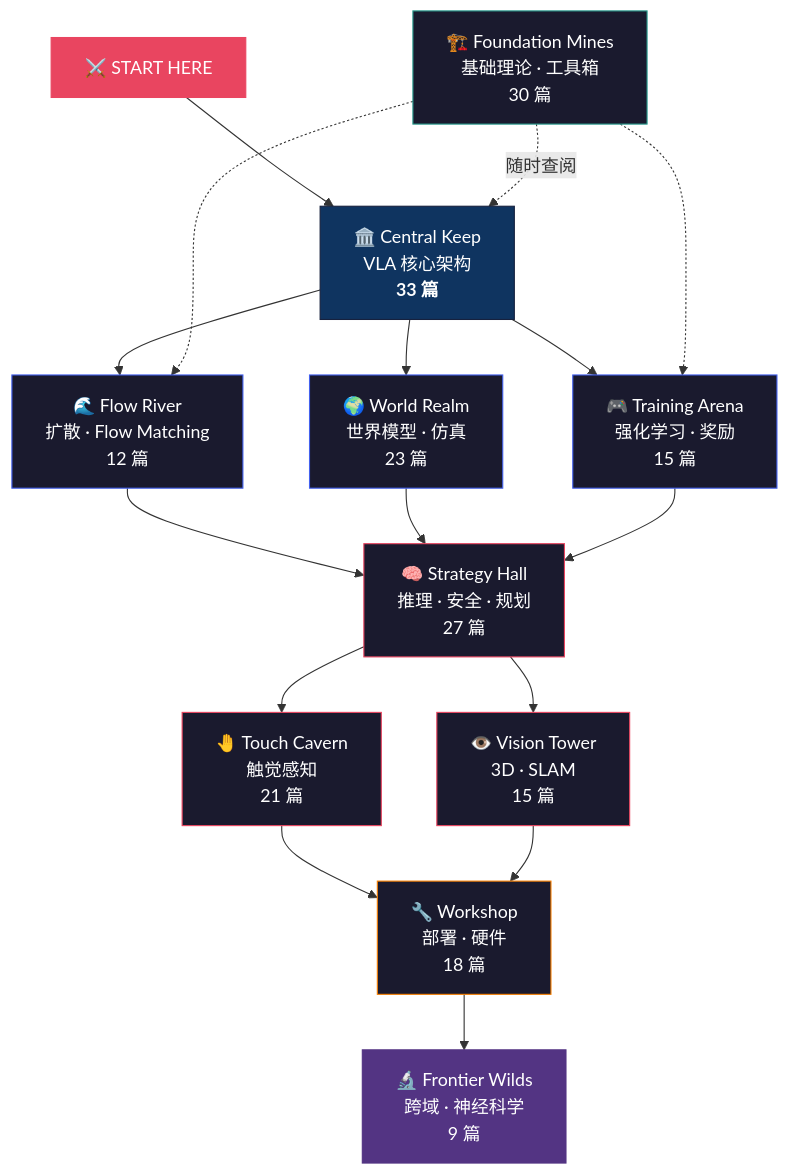
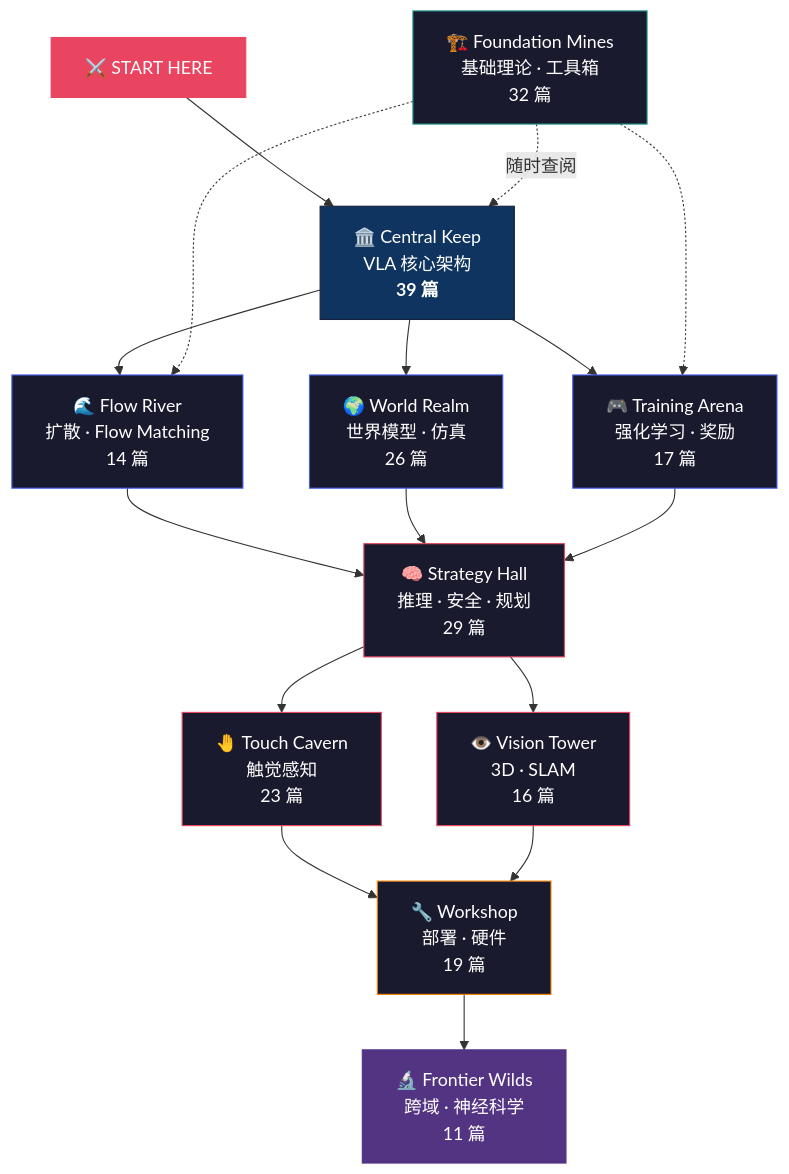
Before and after one commit to sou350121/VLA-Handbook: the diagram in theory/README.md, drawn with Mermaid. The commit also changed other lines of this file and 2 other files, not shown here.

Commit message:
fix: update article counts 203→226 across README, mainline, PI interview, vla_arch

````diff
--- a/theory/README.md
+++ b/theory/README.md
@@ -27,36 +27,36 @@
 ```mermaid
 graph TD
-    START["⚔️ START HERE"] --> CORE["🏛️ Central Keep<br/>VLA 核心架构<br/><b>33 篇</b>"]
+    START["⚔️ START HERE"] --> CORE["🏛️ Central Keep<br/>VLA 核心架构<br/><b>39 篇</b>"]
 
-    CORE --> FLOW["🌊 Flow River<br/>扩散 · Flow Matching<br/>12 篇"]
-    CORE --> WORLD["🌍 World Realm<br/>世界模型 · 仿真<br/>23 篇"]
-    CORE --> RL["🎮 Training Arena<br/>强化学习 · 奖励<br/>15 篇"]
+    CORE --> FLOW["🌊 Flow River<br/>扩散 · Flow Matching<br/>14 篇"]
+    CORE --> WORLD["🌍 World Realm<br/>世界模型 · 仿真<br/>26 篇"]
+    CORE --> RL["🎮 Training Arena<br/>强化学习 · 奖励<br/>17 篇"]
 
-    FLOW --> PLAN["🧠 Strategy Hall<br/>推理 · 安全 · 规划<br/>27 篇"]
+    FLOW --> PLAN["🧠 Strategy Hall<br/>推理 · 安全 · 规划<br/>29 篇"]
     WORLD --> PLAN
     RL --> PLAN
 
-    PLAN --> TOUCH["🤚 Touch Cavern<br/>触觉感知<br/>21 篇"]
-    PLAN --> EYE["👁️ Vision Tower<br/>3D · SLAM<br/>15 篇"]
+    PLAN --> TOUCH["🤚 Touch Cavern<br/>触觉感知<br/>23 篇"]
+    PLAN --> EYE["👁️ Vision Tower<br/>3D · SLAM<br/>16 篇"]
 
-    TOUCH --> DEPLOY["🔧 Workshop<br/>部署 · 硬件<br/>18 篇"]
+    TOUCH --> DEPLOY["🔧 Workshop<br/>部署 · 硬件<br/>19 篇"]
     EYE --> DEPLOY
 
-    DEPLOY --> FRONTIER["🔬 Frontier Wilds<br/>跨域 · 神经科学<br/>9 篇"]
+    DEPLOY --> FRONTIER["🔬 Frontier Wilds<br/>跨域 · 神经科学<br/>11 篇"]
 
-    FOUND["🏗️ Foundation Mines<br/>基础理论 · 工具箱<br/>30 篇"] -.->|随时查阅| CORE
+    FOUND["🏗️ Foundation Mines<br/>基础理论 · 工具箱<br/>32 篇"] -.->|随时查阅| CORE
     FOUND -.-> FLOW
     FOUND -.-> RL
 
     style START fill:#e94560,stroke:#e94560,color:#fff
     style CORE fill:#0f3460,stroke:#16213e,color:#fff
     style FLOW fill:#1a1a2e,stroke:#4361ee,color:#fff
     style WORLD fill:#1a1a2e,stroke:#4361ee,color:#fff
     style RL fill:#1a1a2e,stroke:#4361ee,color:#fff
     style PLAN fill:#1a1a2e,stroke:#e94560,color:#fff
     style TOUCH fill:#1a1a2e,stroke:#e94560,color:#fff
     style EYE fill:#1a1a2e,stroke:#e94560,color:#fff
     style DEPLOY fill:#1a1a2e,stroke:#f77f00,color:#fff
     style FRONTIER fill:#533483,stroke:#533483,color:#fff
     style FOUND fill:#1a1a2e,stroke:#2a9d8f,color:#fff
 ```
````
